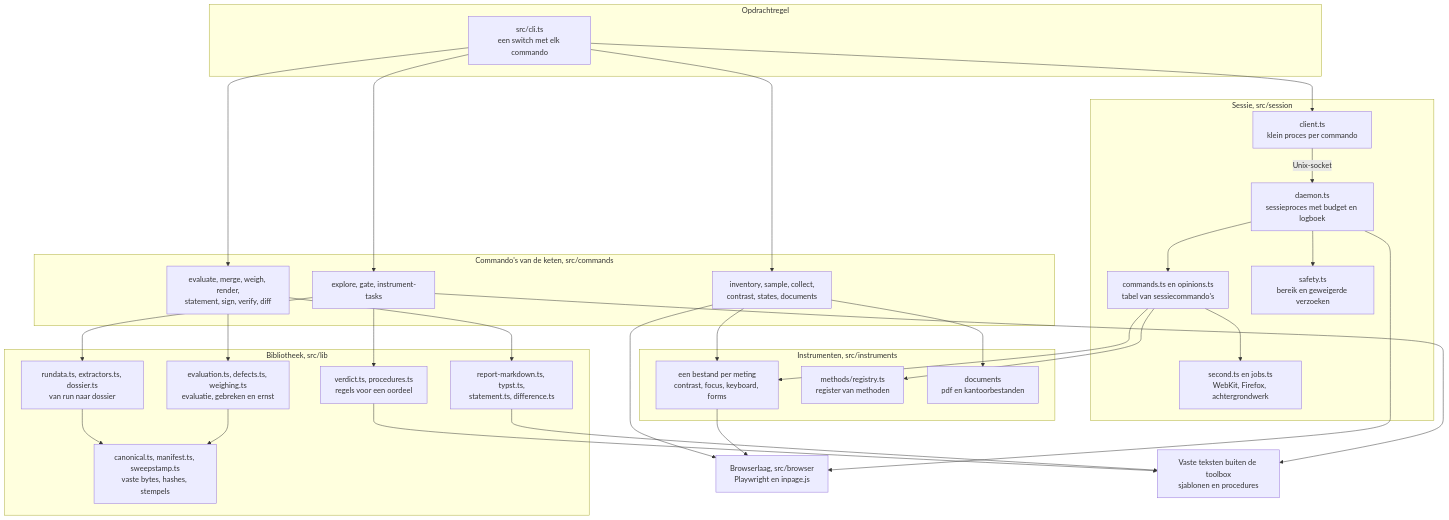
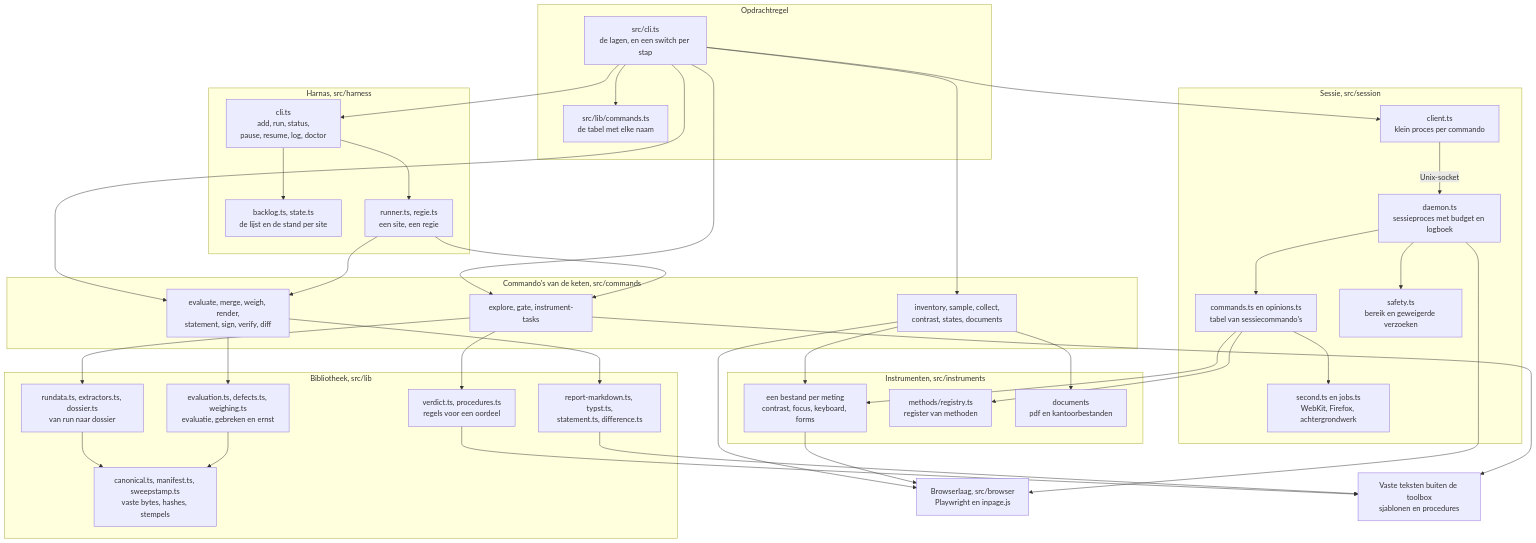
The second of 3 diagrams in docs/architectuur.md (NederlandseDigitaleDienst/loep), drawn with Mermaid before and after one commit. The commit also changed other lines of this file and 94 other files, not shown here.

First line of the commit message:
De commando's van loep staan in lagen, en het harnas is een laag van de toolbox (#745)

````diff
--- a/docs/architectuur.md
+++ b/docs/architectuur.md
@@ -169,57 +169,69 @@
 ```mermaid
 flowchart TD
   subgraph regel["Opdrachtregel"]
-    cli["src/cli.ts<br/>een switch met elk commando"]
+    cli["src/cli.ts<br/>de lagen, en een switch per stap"]
+    tabel["src/lib/commands.ts<br/>de tabel met elke naam"]
+  end
+  subgraph harnas["Harnas, src/harness"]
+    lijst["backlog.ts, state.ts<br/>de lijst en de stand per site"]
+    loper["runner.ts, regie.ts<br/>een site, een regie"]
+    poort["cli.ts<br/>add, run, status,<br/>pause, resume, log, doctor"]
   end
   subgraph commandos["Commando's van de keten, src/commands"]
     meten["inventory, sample, collect,<br/>contrast, states, documents"]
     sturen["explore, gate, instrument-tasks"]
     afmaken["evaluate, merge, weigh, render,<br/>statement, sign, verify, diff"]
   end
   subgraph sessie["Sessie, src/session"]
     client["client.ts<br/>klein proces per commando"]
     daemon["daemon.ts<br/>sessieproces met budget en logboek"]
     cmds["commands.ts en opinions.ts<br/>tabel van sessiecommando's"]
     veilig["safety.ts<br/>bereik en geweigerde verzoeken"]
     tweede["second.ts en jobs.ts<br/>WebKit, Firefox, achtergrondwerk"]
   end
   subgraph instrumenten["Instrumenten, src/instruments"]
     proeven["een bestand per meting<br/>contrast, focus, keyboard, forms"]
     register["methods/registry.ts<br/>register van methoden"]
     docs["documents<br/>pdf en kantoorbestanden"]
   end
   subgraph bibliotheek["Bibliotheek, src/lib"]
     dossier["rundata.ts, extractors.ts, dossier.ts<br/>van run naar dossier"]
     oordeel["verdict.ts, procedures.ts<br/>regels voor een oordeel"]
     evaluatie["evaluation.ts, defects.ts, weighing.ts<br/>evaluatie, gebreken en ernst"]
     rapport["report-markdown.ts, typst.ts,<br/>statement.ts, difference.ts"]
     vast["canonical.ts, manifest.ts, sweepstamp.ts<br/>vaste bytes, hashes, stempels"]
   end
   browser["Browserlaag, src/browser<br/>Playwright en inpage.js"]
   teksten["Vaste teksten buiten de toolbox<br/>sjablonen en procedures"]
 
+  cli --> tabel
   cli --> meten
   cli --> sturen
   cli --> afmaken
+  cli --> poort
   cli --> client
+  poort --> lijst
+  poort --> loper
+  loper --> sturen
+  loper --> afmaken
   client -->|"Unix-socket"| daemon
   daemon --> cmds
   daemon --> veilig
   cmds --> tweede
   cmds --> proeven
   cmds --> register
   meten --> proeven
   meten --> docs
   meten --> browser
   proeven --> browser
   daemon --> browser
   sturen --> dossier
   sturen --> oordeel
   sturen --> teksten
   afmaken --> evaluatie
   afmaken --> rapport
   oordeel --> teksten
   rapport --> teksten
   dossier --> vast
   evaluatie --> vast
 ```
````
